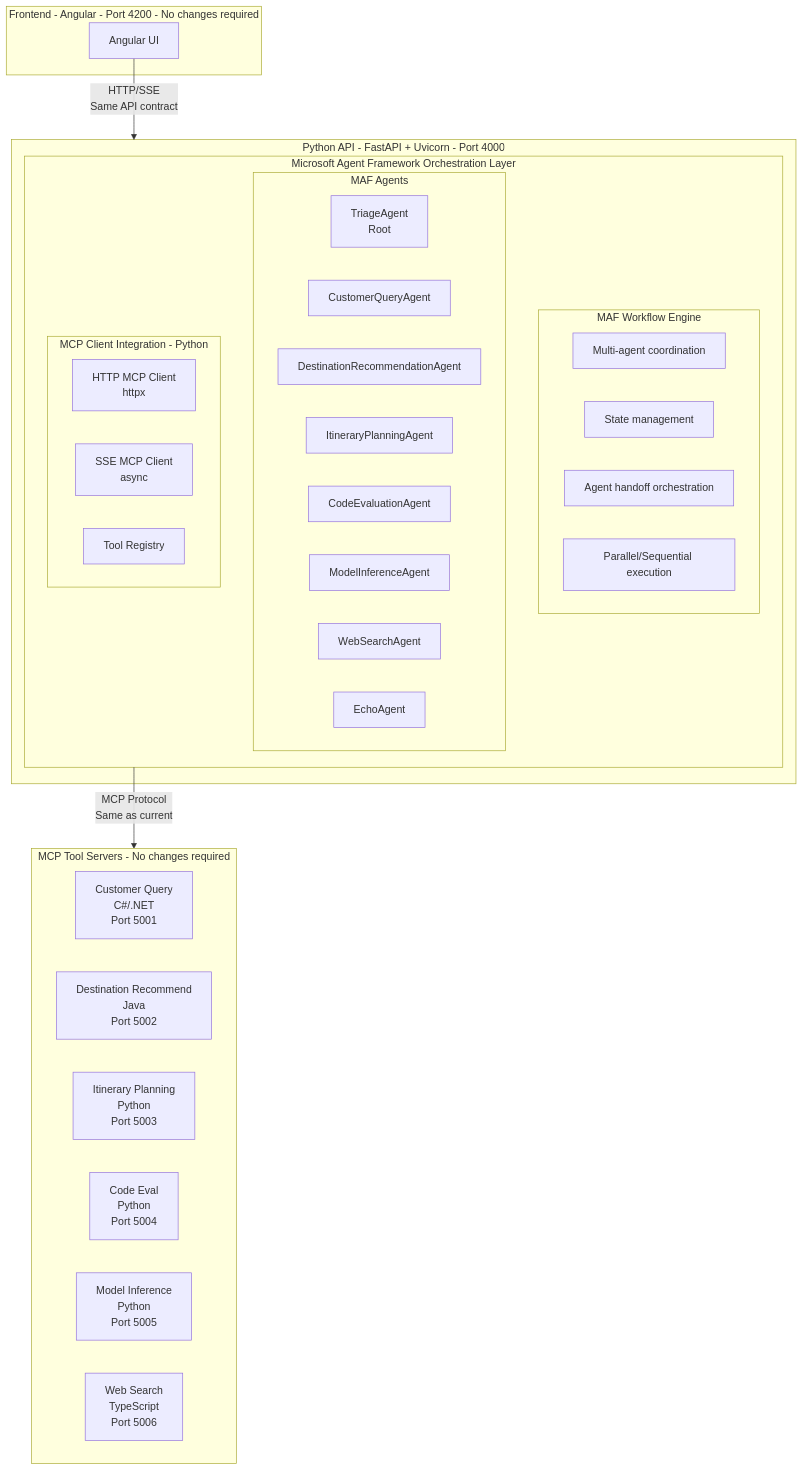
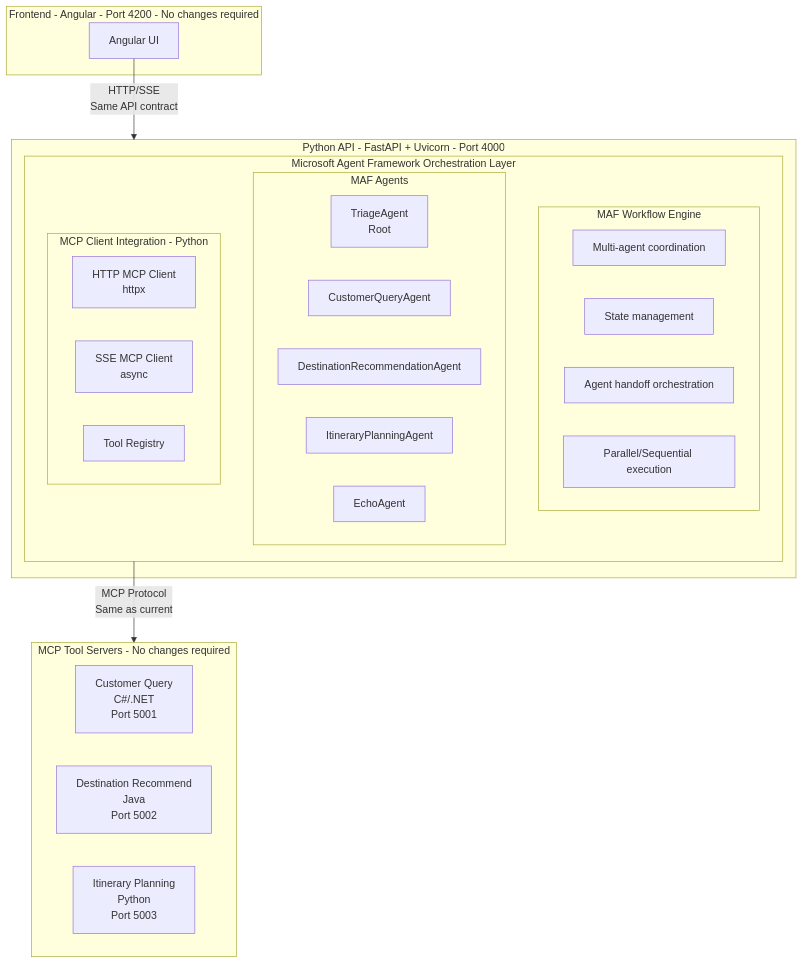
Before and after one commit to Azure-Samples/azure-ai-travel-agents: the second of 12 diagrams in docs/maf-visual-guide.md, drawn with Mermaid. The commit also changed other lines of this file and 41 other files, not shown here.

````diff
--- a/docs/maf-visual-guide.md
+++ b/docs/maf-visual-guide.md
@@ -56,44 +50,38 @@
 ```mermaid
 flowchart TB
     subgraph Frontend["Frontend - Angular - Port 4200 - No changes required"]
         UI[Angular UI]
     end
     
     subgraph API["Python API - FastAPI + Uvicorn - Port 4000"]
         subgraph MAF["Microsoft Agent Framework Orchestration Layer"]
             subgraph ENGINE["MAF Workflow Engine"]
                 COORD[Multi-agent coordination]
                 STATE[State management]
                 HANDOFF[Agent handoff orchestration]
                 EXEC[Parallel/Sequential execution]
             end
             subgraph AGENTS["MAF Agents"]
                 TA[TriageAgent<br/>Root]
                 CQA[CustomerQueryAgent]
                 DRA[DestinationRecommendationAgent]
                 IPA[ItineraryPlanningAgent]
-                CEA[CodeEvaluationAgent]
-                MIA[ModelInferenceAgent]
-                WSA[WebSearchAgent]
                 EA[EchoAgent]
             end
             subgraph MCP_CLIENT["MCP Client Integration - Python"]
                 HTTP[HTTP MCP Client<br/>httpx]
                 SSE[SSE MCP Client<br/>async]
                 REGISTRY[Tool Registry]
             end
         end
     end
     
     subgraph TOOLS["MCP Tool Servers - No changes required"]
         CQ[Customer Query<br/>C#/.NET<br/>Port 5001]
         DR[Destination Recommend<br/>Java<br/>Port 5002]
         IP[Itinerary Planning<br/>Python<br/>Port 5003]
-        CE[Code Eval<br/>Python<br/>Port 5004]
-        MI[Model Inference<br/>Python<br/>Port 5005]
-        WS[Web Search<br/>TypeScript<br/>Port 5006]
     end
     
     UI -->|HTTP/SSE<br/>Same API contract| API
     MAF -->|MCP Protocol<br/>Same as current| TOOLS
 ```
````
